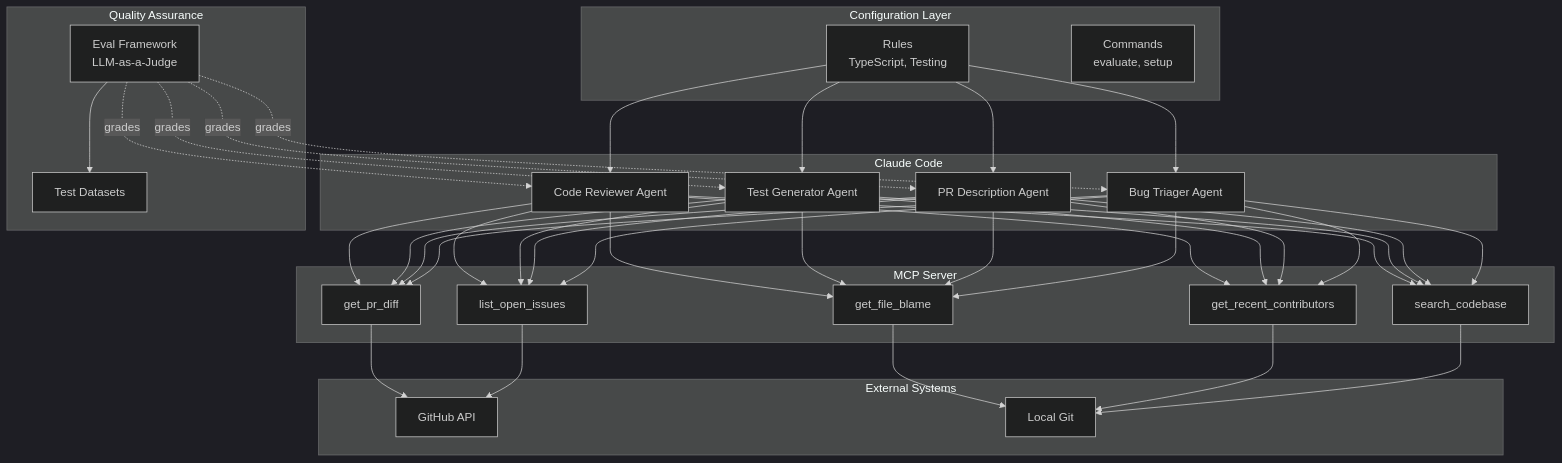
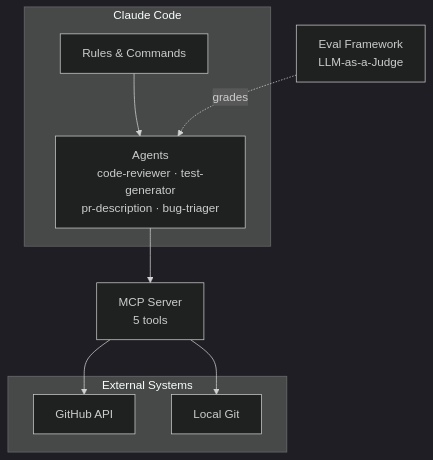
Before and after one commit to dzmitrybudzko/sdlc-ai-agents: the diagram in README.md, drawn with Mermaid (dark theme). The commit also changed other lines of this file, not shown here.

Commit message:
Simplify README: clean up diagram and tone down description

````diff
--- a/README.md
+++ b/README.md
@@ -11,39 +11,21 @@
 ```mermaid
 graph TB
     subgraph "Claude Code"
-        A1[Code Reviewer Agent]
-        A2[Test Generator Agent]
-        A3[PR Description Agent]
-        A4[Bug Triager Agent]
+        Agents[Agents<br/>code-reviewer · test-generator<br/>pr-description · bug-triager]
+        Config[Rules & Commands]
     end
 
-    subgraph "Configuration Layer"
-        R[Rules<br/>TypeScript, Testing]
-        C[Commands<br/>evaluate, setup]
-    end
-
-    subgraph "MCP Server"
-        T1[get_pr_diff]
-        T2[list_open_issues]
-        T3[get_file_blame]
-        T4[get_recent_contributors]
-        T5[search_codebase]
-    end
+    MCP[MCP Server<br/>5 tools]
+    Evals[Eval Framework<br/>LLM-as-a-Judge]
 
     subgraph "External Systems"
         GH[GitHub API]
         GIT[Local Git]
     end
 
-    subgraph "Quality Assurance"
-        E[Eval Framework<br/>LLM-as-a-Judge]
-        D[Test Datasets]
-    end
-
-    A1 & A2 & A3 & A4 --> T1 & T2 & T3 & T4 & T5
-    T1 & T2 --> GH
-    T3 & T4 & T5 --> GIT
-    R --> A1 & A2 & A3 & A4
-    E --> D
-    E -.->|grades| A1 & A2 & A3 & A4
+    Config --> Agents
+    Agents --> MCP
+    MCP --> GH
+    MCP --> GIT
+    Evals -.->|grades| Agents
 ```
````
